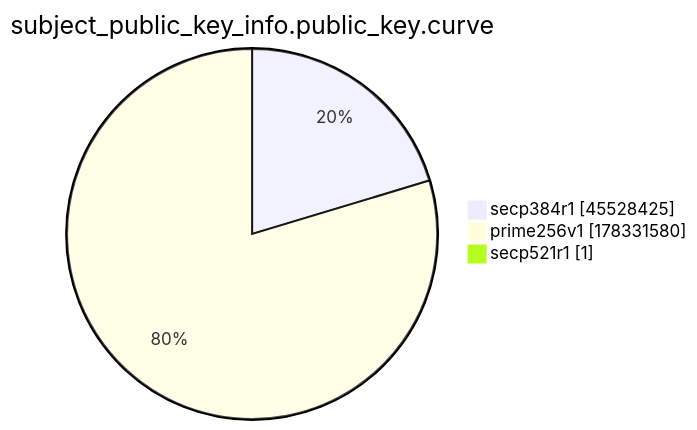
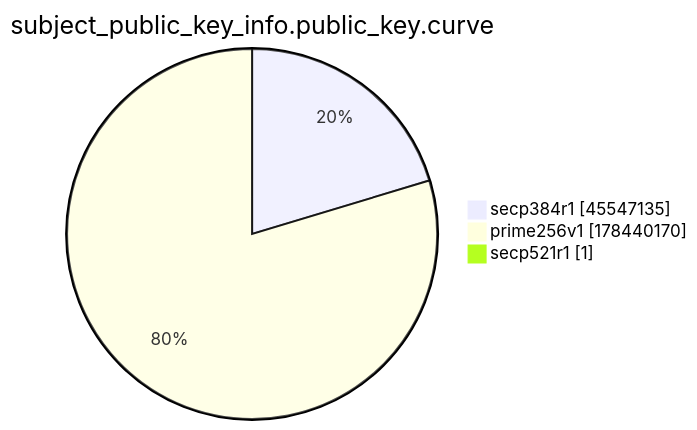
One commit to christiankrug/ctmonitor_visualization changed the ninth of 15 diagrams in xenon2022/README.md. Above: the diagram before and after it, drawn with Mermaid. The commit also changed other lines of this file, not shown here.

````diff
--- a/xenon2022/README.md
+++ b/xenon2022/README.md
@@ -2873,7 +2873,7 @@
 ```mermaid
 pie showData
 title subject_public_key_info.public_key.curve
-"secp384r1" :45528425
-"prime256v1" :178331580
+"secp384r1" :45547135
+"prime256v1" :178440170
 "secp521r1" :1
 ```
````
